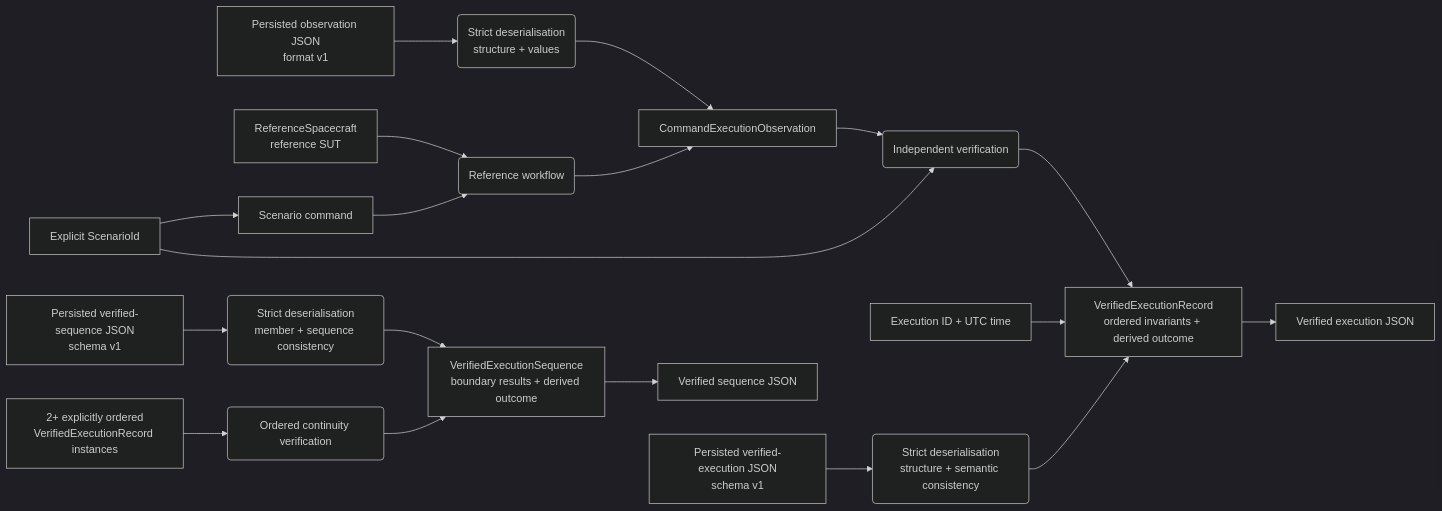
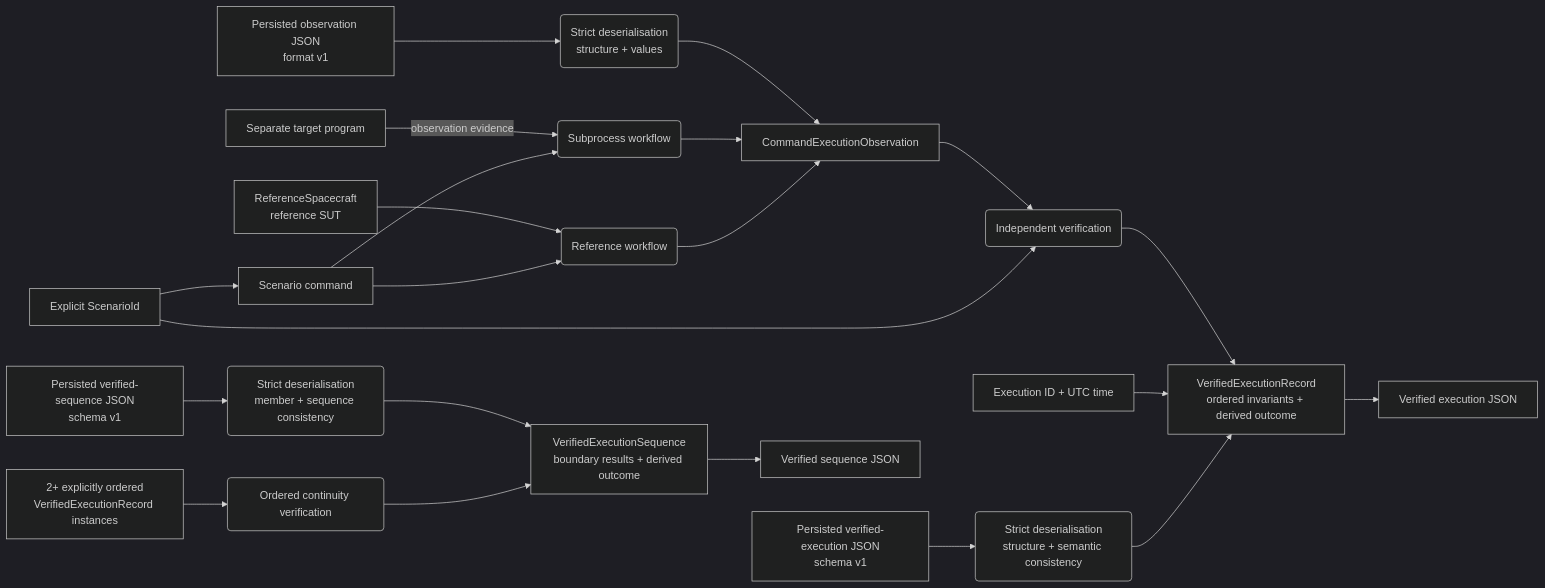
Before and after one commit to NikolayAir/OrbiRig: the diagram in README.md, drawn with Mermaid (dark theme). The commit also changed other lines of this file, not shown here.

First line of the commit message:
Clarify subprocess workflow in README (#52)

````diff
--- a/README.md
+++ b/README.md
@@ -27,27 +27,31 @@
 ```mermaid
 flowchart LR
     scenario["Explicit ScenarioId"] --> command["Scenario command"]
     command --> workflow("Reference workflow")
     sut["ReferenceSpacecraft<br/>reference SUT"] --> workflow
     workflow --> observation["CommandExecutionObservation"]
+
+    command --> subprocess_workflow("Subprocess workflow")
+    target["Separate target program"] -->|"observation evidence"| subprocess_workflow
+    subprocess_workflow --> observation
 
     persisted["Persisted observation JSON<br/>format v1"] --> loader("Strict deserialisation<br/>structure + values")
     loader --> observation
 
     scenario --> verifier("Independent verification")
     observation --> verifier
 
     verified_persisted["Persisted verified-execution JSON<br/>schema v1"] --> verified_loader("Strict deserialisation<br/>structure + semantic consistency")
     verified_loader --> record
 
     metadata["Execution ID + UTC time"] --> record
     verifier --> record
     record["VerifiedExecutionRecord<br/>ordered invariants + derived outcome"] --> evidence["Verified execution JSON"]
 
     records["2+ explicitly ordered<br/>VerifiedExecutionRecord instances"] --> continuity("Ordered continuity verification")
     continuity --> sequence["VerifiedExecutionSequence<br/>boundary results + derived outcome"]
     sequence --> sequence_evidence["Verified sequence JSON"]
 
     sequence_persisted["Persisted verified-sequence JSON<br/>schema v1"] --> sequence_loader("Strict deserialisation<br/>member + sequence consistency")
     sequence_loader --> sequence
 ```
````
